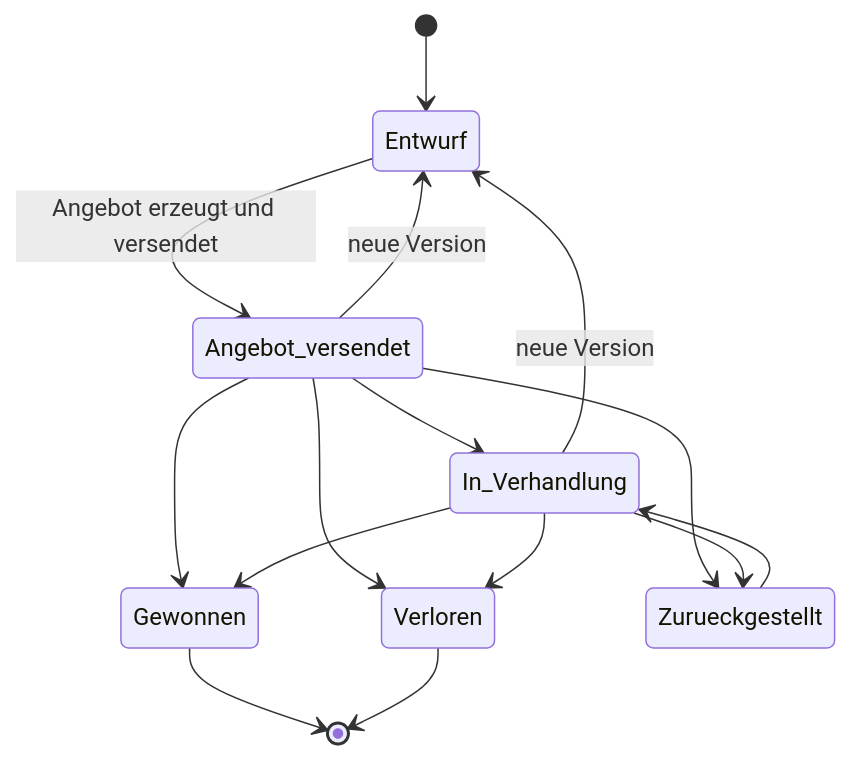
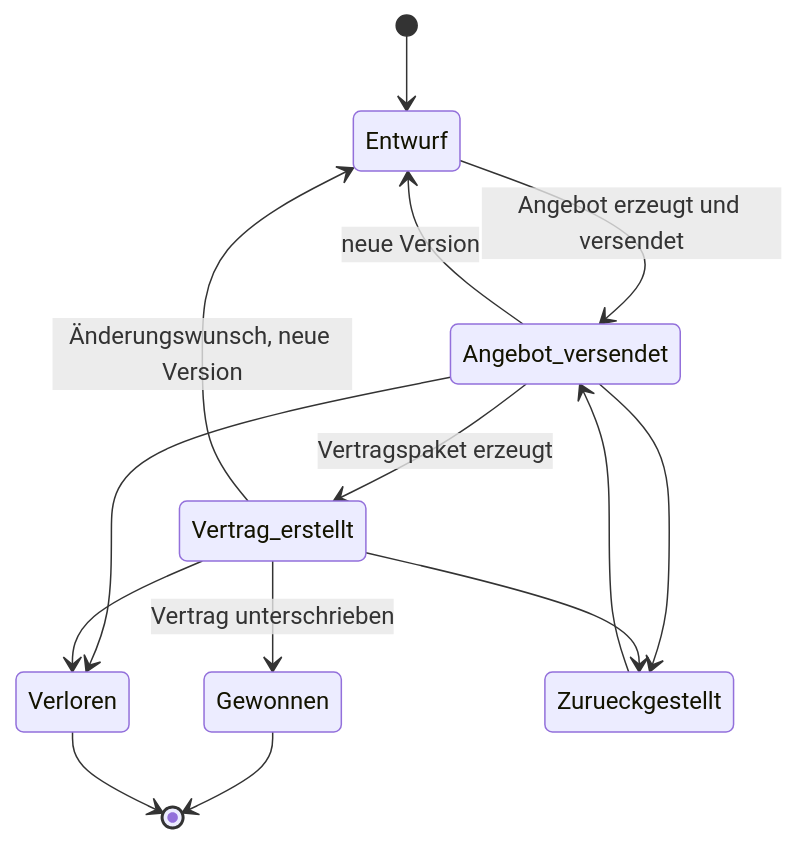
The second of 2 diagrams in docs/03_fachmodell.md (darntjen/kalkulator_web), drawn with Mermaid before and after one commit. The commit also changed other lines of this file and 13 other files, not shown here.

````diff
--- a/docs/03_fachmodell.md
+++ b/docs/03_fachmodell.md
@@ -72,17 +73,16 @@
 ```mermaid
 stateDiagram-v2
     [*] --> Entwurf
     Entwurf --> Angebot_versendet: Angebot erzeugt und versendet
-    Angebot_versendet --> In_Verhandlung
     Angebot_versendet --> Entwurf: neue Version
-    In_Verhandlung --> Entwurf: neue Version
-    Angebot_versendet --> Gewonnen
-    In_Verhandlung --> Gewonnen
+    Angebot_versendet --> Vertrag_erstellt: Vertragspaket erzeugt
+    Vertrag_erstellt --> Entwurf: Änderungswunsch, neue Version
+    Vertrag_erstellt --> Gewonnen: Vertrag unterschrieben
     Angebot_versendet --> Verloren
-    In_Verhandlung --> Verloren
+    Vertrag_erstellt --> Verloren
     Angebot_versendet --> Zurueckgestellt
-    In_Verhandlung --> Zurueckgestellt
-    Zurueckgestellt --> In_Verhandlung
+    Vertrag_erstellt --> Zurueckgestellt
+    Zurueckgestellt --> Angebot_versendet
     Gewonnen --> [*]
     Verloren --> [*]
 ```
````
